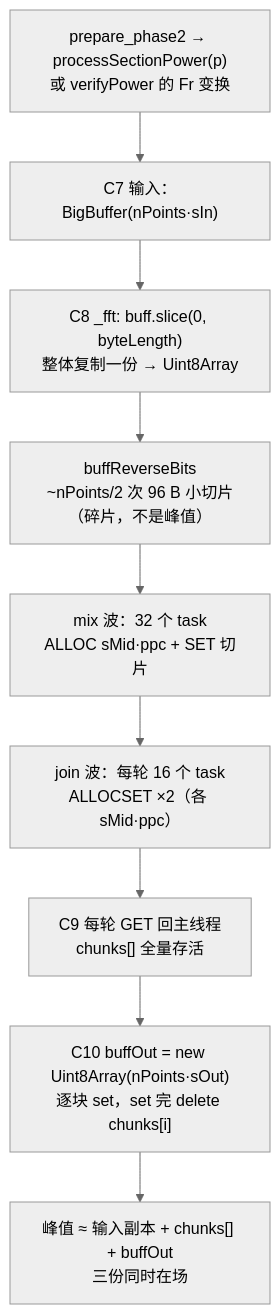
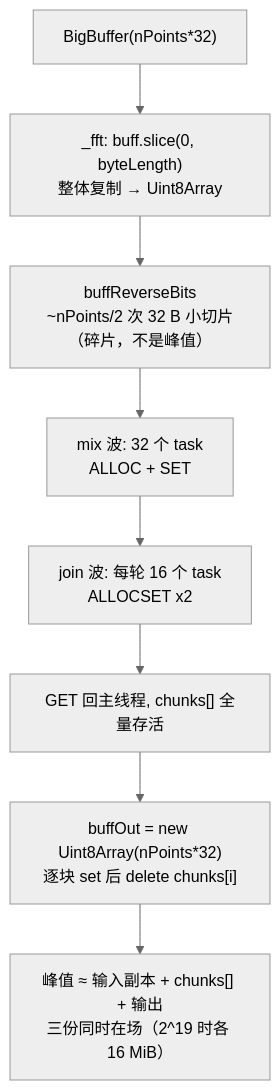
One commit to kaikai-cao/srs-optimization changed the second of 2 diagrams in docs/M5_PROBE_DESIGN.md. Above: the diagram before and after it, drawn with Mermaid (neutral theme). The commit also changed other lines of this file and 2 other files, not shown here.

First line of the commit message:
fix(m5a): correct scalar-width accounting and phase1 worker baseline

````diff
--- a/docs/M5_PROBE_DESIGN.md
+++ b/docs/M5_PROBE_DESIGN.md
@@ -96,11 +111,10 @@
 ```mermaid
 flowchart TD
-    A["prepare_phase2 → processSectionPower(p)<br/>或 verifyPower 的 Fr 变换"] --> B["C7 输入：BigBuffer(nPoints·sIn)"]
-    B --> C["C8 _fft: buff.slice(0, byteLength)<br/>整体复制一份 → Uint8Array"]
-    C --> D["buffReverseBits<br/>~nPoints/2 次 96 B 小切片（碎片，不是峰值）"]
-    D --> E["mix 波：32 个 task<br/>ALLOC sMid·ppc + SET 切片"]
-    E --> F["join 波：每轮 16 个 task<br/>ALLOCSET ×2（各 sMid·ppc）"]
-    F --> G["C9 每轮 GET 回主线程<br/>chunks[] 全量存活"]
-    G --> H["C10 buffOut = new Uint8Array(nPoints·sOut)<br/>逐块 set，set 完 delete chunks[i]"]
-    H --> I["峰值 ≈ 输入副本 + chunks[] + buffOut<br/>三份同时在场"]
+    A["BigBuffer(nPoints*32)"] --> B["_fft: buff.slice(0, byteLength)<br/>整体复制 → Uint8Array"]
+    B --> C["buffReverseBits<br/>~nPoints/2 次 32 B 小切片（碎片，不是峰值）"]
+    C --> D["mix 波: 32 个 task<br/>ALLOC + SET"]
+    D --> E["join 波: 每轮 16 个 task<br/>ALLOCSET x2"]
+    E --> F["GET 回主线程, chunks[] 全量存活"]
+    F --> G["buffOut = new Uint8Array(nPoints*32)<br/>逐块 set 后 delete chunks[i]"]
+    G --> H["峰值 ≈ 输入副本 + chunks[] + 输出<br/>三份同时在场（2^19 时各 16 MiB）"]
 ```
````
